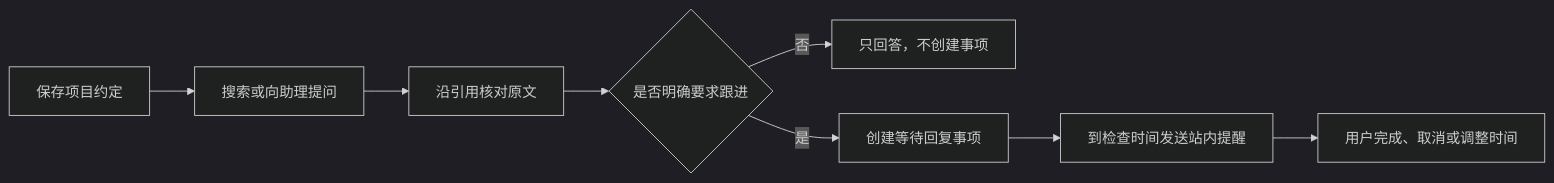
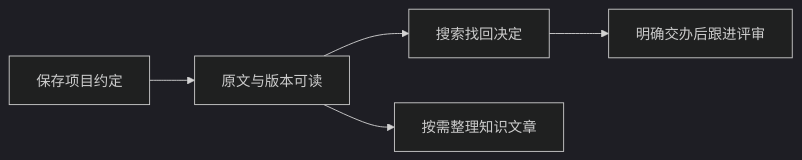
Before and after one commit to lejunyang/omem: the diagram in .repo-review/knowledge/articles/e3a688af2ed1ce2734e7f6a41ed91e4369645398f90a03e28b92c27028f48e1f.md, drawn with Mermaid (dark theme). The commit also changed other lines of this file and 13 other files, not shown here.

````diff
--- a/.repo-review/knowledge/articles/e3a688af2ed1ce2734e7f6a41ed91e4369645398f90a03e28b92c27028f48e1f.md
+++ b/.repo-review/knowledge/articles/e3a688af2ed1ce2734e7f6a41ed91e4369645398f90a03e28b92c27028f48e1f.md
@@ -63,10 +23,7 @@
 ```mermaid
 flowchart LR
-  A[保存项目约定] --> B[搜索或向助理提问]
-  B --> C[沿引用核对原文]
-  C --> D{是否明确要求跟进}
-  D -- 否 --> E[只回答，不创建事项]
-  D -- 是 --> F[创建等待回复事项]
-  F --> G[到检查时间发送站内提醒]
-  G --> H[用户完成、取消或调整时间]
+  A[保存项目约定] --> B[原文与版本可读]
+  B --> C[搜索找回决定]
+  B --> D[按需整理知识文章]
+  C --> E[明确交办后跟进评审]
 ```
````
